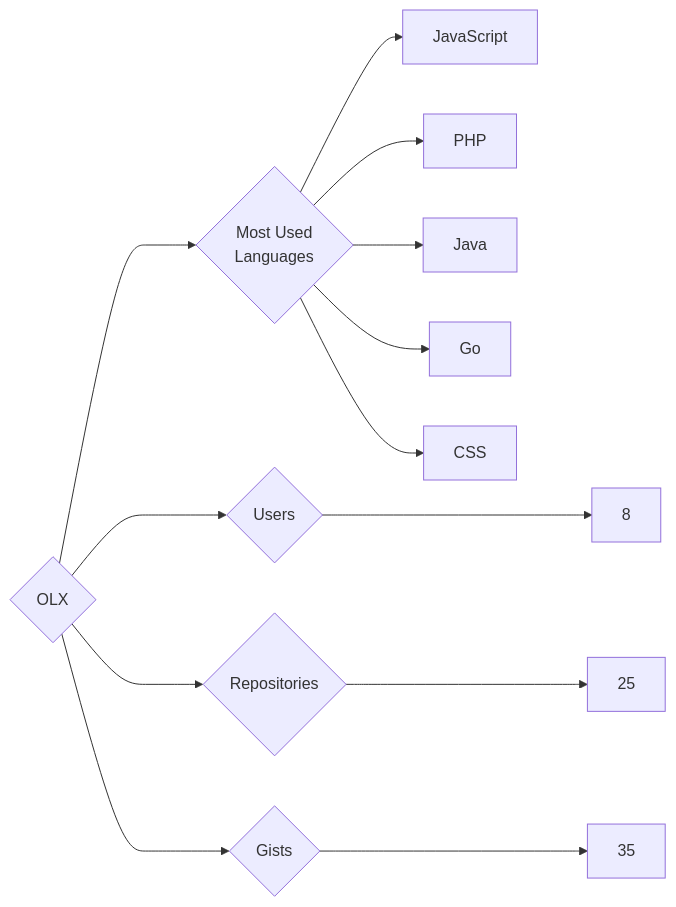
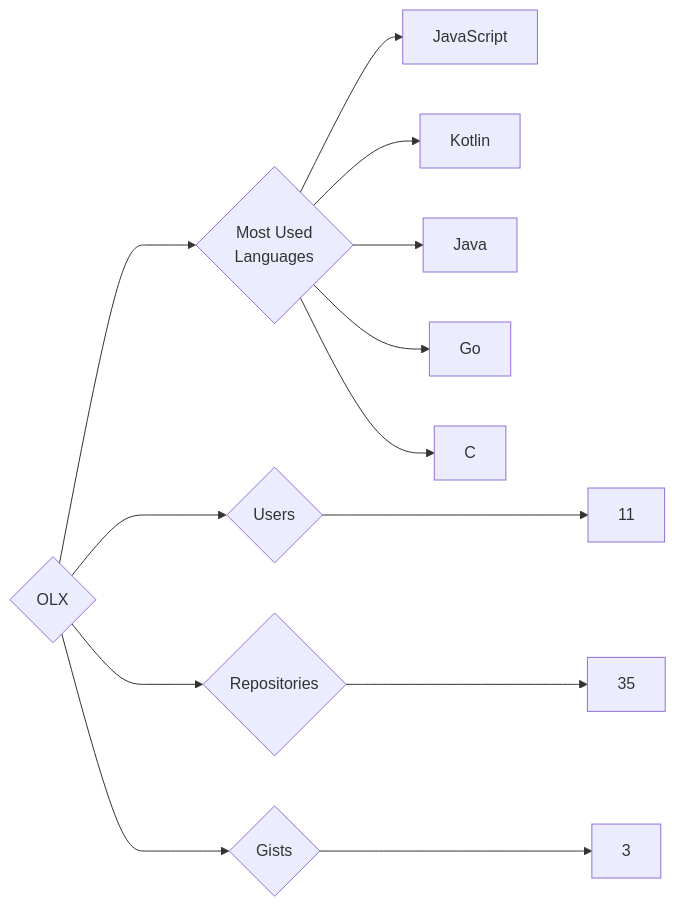
The diagram in targets/OLX/README.md (trickest/insiders), drawn with Mermaid before and after one commit. The commit also changed 1479 other files, not shown here.

````diff
--- a/targets/OLX/README.md
+++ b/targets/OLX/README.md
@@ -3,13 +3,13 @@
 ```mermaid
 graph LR
 COMPANY_NAME{OLX}
-COMPANY_NAME ---> U{Users} ---> UN[8]
-COMPANY_NAME ---> R{Repositories} ---> RN[25]
-COMPANY_NAME ---> G{Gists} ---> GN[35]
+COMPANY_NAME ---> U{Users} ---> UN[11]
+COMPANY_NAME ---> R{Repositories} ---> RN[35]
+COMPANY_NAME ---> G{Gists} ---> GN[3]
 COMPANY_NAME ---> ML{Most Used<br>Languages}
 ML --> JavaScript[JavaScript]
-ML --> PHP[PHP]
+ML --> Kotlin[Kotlin]
 ML --> Java[Java]
 ML --> Go[Go]
-ML --> CSS[CSS]
+ML --> C[C]
 ```
````
